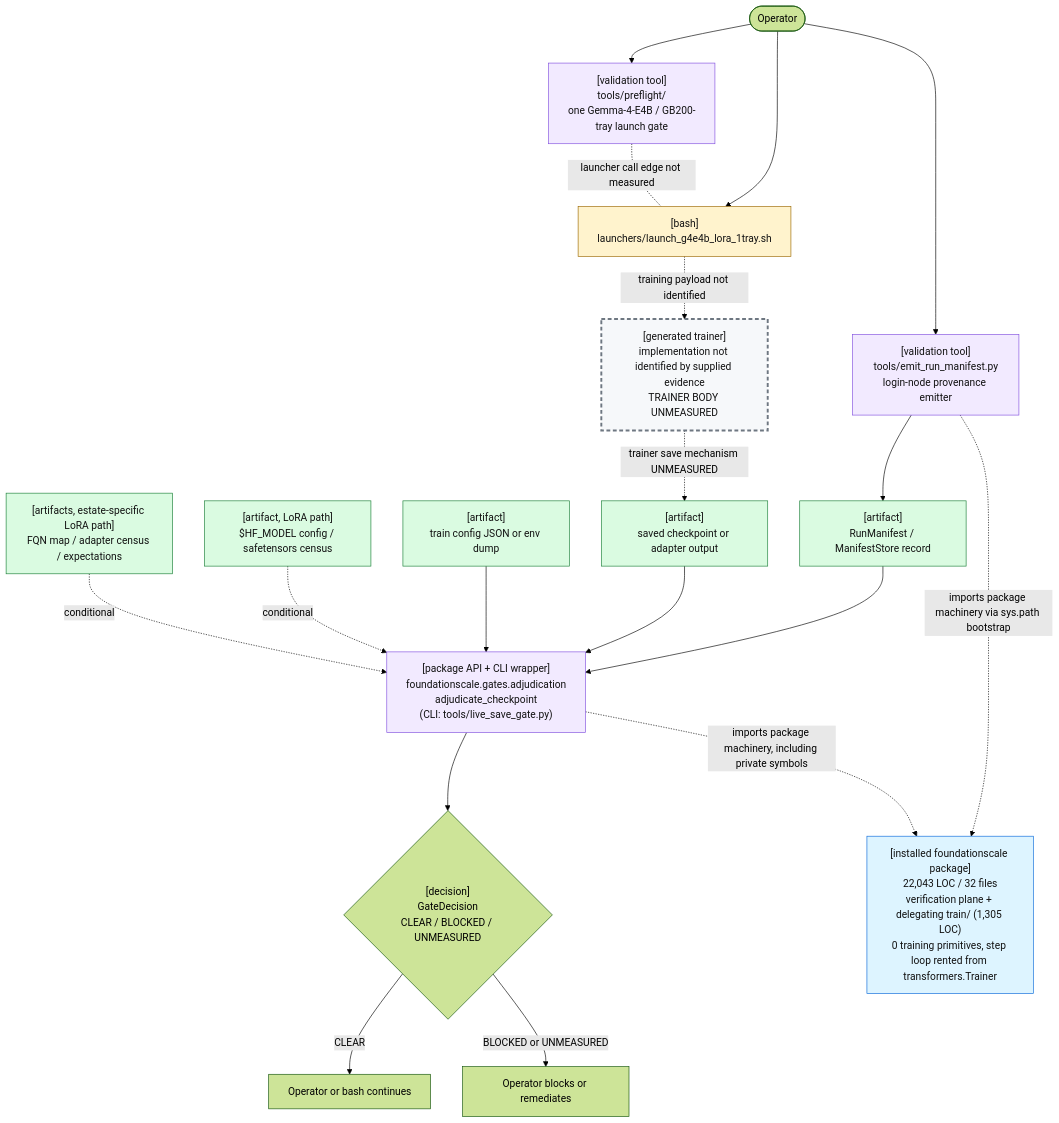
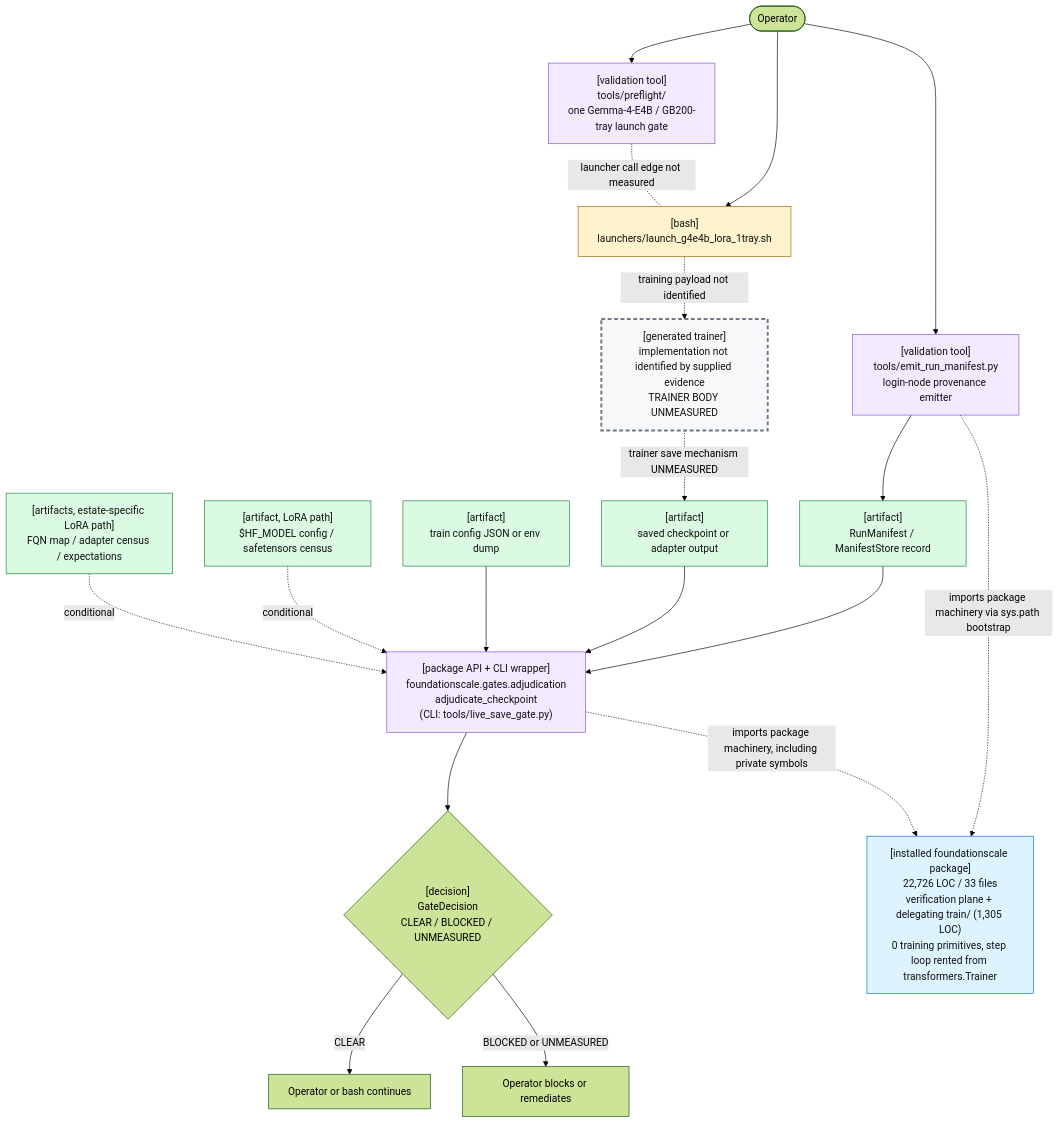
One commit to TranNhiem/FoundationScale changed the first of 2 diagrams in docs/review/D2_current_architecture.md. Above: the diagram before and after it, drawn with Mermaid (forest theme). The commit also changed other lines of this file and 17 other files, not shown here.

````diff
--- a/docs/review/D2_current_architecture.md
+++ b/docs/review/D2_current_architecture.md
@@ -25,59 +25,59 @@
 ```mermaid
 flowchart TB
   O(["Operator"])
 
   PF["[validation tool]<br/>tools/preflight/<br/>one Gemma-4-E4B / GB200-tray launch gate"]
   L["[bash]<br/>launchers/launch_g4e4b_lora_1tray.sh"]
 
   E["[validation tool]<br/>tools/emit_run_manifest.py<br/>login-node provenance emitter"]
   M["[artifact]<br/>RunManifest / ManifestStore record"]
 
   T["[generated trainer]<br/>implementation not identified by supplied evidence<br/>TRAINER BODY UNMEASURED"]
   C["[artifact]<br/>saved checkpoint or adapter output"]
 
   G["[package API + CLI wrapper]<br/>foundationscale.gates.adjudication<br/>adjudicate_checkpoint<br/>(CLI: tools/live_save_gate.py)"]
   CFG["[artifact]<br/>train config JSON or env dump"]
   BASE["[artifact, LoRA path]<br/>$HF_MODEL config / safetensors census"]
   CEN["[artifacts, estate-specific LoRA path]<br/>FQN map / adapter census / expectations"]
 
   D{"[decision]<br/>GateDecision<br/>CLEAR / BLOCKED / UNMEASURED"}
   OK["Operator or bash continues"]
   NO["Operator blocks or remediates"]
 
-  PKG["[installed foundationscale package]<br/>22,043 LOC / 32 files<br/>verification plane + delegating train/ (1,305 LOC)<br/>0 training primitives, step loop rented from transformers.Trainer"]
+  PKG["[installed foundationscale package]<br/>22,726 LOC / 33 files<br/>verification plane + delegating train/ (1,305 LOC)<br/>0 training primitives, step loop rented from transformers.Trainer"]
 
   O --> PF
   O --> L
   PF -. "launcher call edge not measured" .- L
 
   O --> E
   E --> M
 
   L -. "training payload not identified" .-> T
   T -. "trainer save mechanism UNMEASURED" .-> C
 
   M --> G
   C --> G
   CFG --> G
   BASE -. "conditional" .-> G
   CEN -. "conditional" .-> G
 
   E -. "imports package machinery via sys.path bootstrap" .-> PKG
   G -. "imports package machinery, including private symbols" .-> PKG
 
   G --> D
   D -->|"CLEAR"| OK
   D -->|"BLOCKED or UNMEASURED"| NO
 
   classDef bash fill:#fff3cd,stroke:#9a6700,color:#111;
   classDef tool fill:#f2eaff,stroke:#8250df,color:#111;
   classDef artifact fill:#dafbe1,stroke:#1a7f37,color:#111;
   classDef gap fill:#f6f8fa,stroke:#6e7781,stroke-width:3px,stroke-dasharray: 6 4,color:#111;
   classDef pkg fill:#ddf4ff,stroke:#0969da,color:#111;
 
   class L bash;
   class PF,E,G tool;
   class M,C,CFG,BASE,CEN artifact;
   class T gap;
   class PKG pkg;
 ```
````
